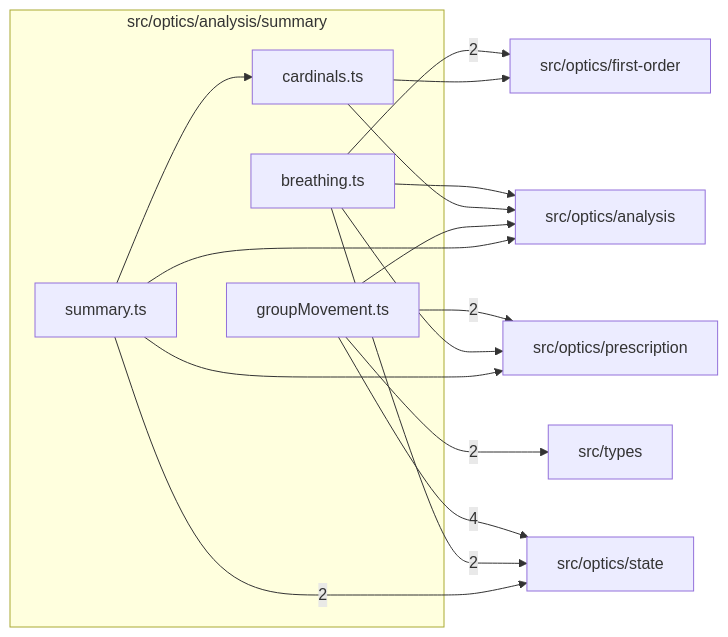
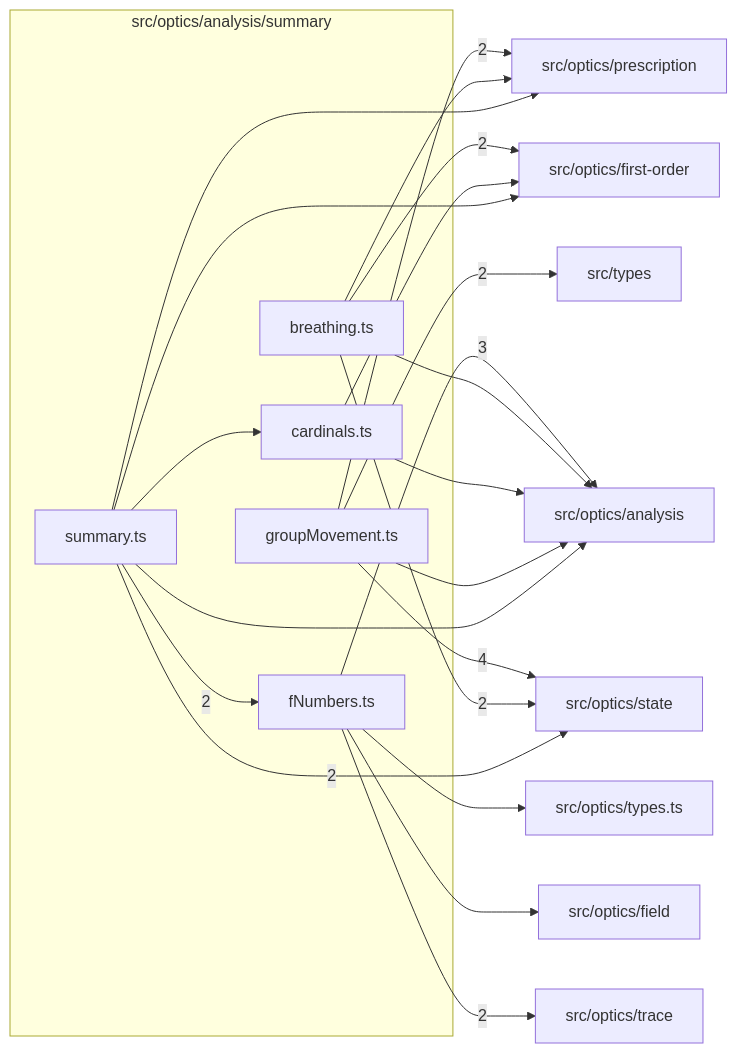
Before and after one commit to ronbuening/LensVisualizer: the diagram in src/optics/analysis/summary/readme.md, drawn with Mermaid. The commit also changed other lines of this file and 72 other files, not shown here.

````diff
--- a/src/optics/analysis/summary/readme.md
+++ b/src/optics/analysis/summary/readme.md
@@ -9,28 +9,38 @@
 ```mermaid
 flowchart LR
   subgraph n_src_optics_analysis_summary["src/optics/analysis/summary"]
     n_src_optics_analysis_summary_src_optics_analysis_summary_breathing_ts["breathing.ts"]
     n_src_optics_analysis_summary_src_optics_analysis_summary_cardinals_ts["cardinals.ts"]
+    n_src_optics_analysis_summary_src_optics_analysis_summary_fNumbers_ts["fNumbers.ts"]
     n_src_optics_analysis_summary_src_optics_analysis_summary_groupMovement_ts["groupMovement.ts"]
     n_src_optics_analysis_summary_src_optics_analysis_summary_summary_ts["summary.ts"]
   end
   n_external_src_optics_state["src/optics/state"]
+  n_external_src_optics_analysis["src/optics/analysis"]
   n_external_src_optics_first_order["src/optics/first-order"]
   n_external_src_optics_prescription["src/optics/prescription"]
+  n_external_src_optics_trace["src/optics/trace"]
   n_external_src_types["src/types"]
-  n_external_src_optics_analysis["src/optics/analysis"]
+  n_external_src_optics_field["src/optics/field"]
+  n_external_src_optics_types_ts["src/optics/types.ts"]
   n_src_optics_analysis_summary_src_optics_analysis_summary_groupMovement_ts --> |4| n_external_src_optics_state
+  n_src_optics_analysis_summary_src_optics_analysis_summary_fNumbers_ts --> |3| n_external_src_optics_analysis
   n_src_optics_analysis_summary_src_optics_analysis_summary_breathing_ts --> |2| n_external_src_optics_first_order
   n_src_optics_analysis_summary_src_optics_analysis_summary_groupMovement_ts --> |2| n_external_src_optics_prescription
   n_src_optics_analysis_summary_src_optics_analysis_summary_breathing_ts --> |2| n_external_src_optics_state
   n_src_optics_analysis_summary_src_optics_analysis_summary_summary_ts --> |2| n_external_src_optics_state
+  n_src_optics_analysis_summary_src_optics_analysis_summary_fNumbers_ts --> |2| n_external_src_optics_trace
   n_src_optics_analysis_summary_src_optics_analysis_summary_groupMovement_ts --> |2| n_external_src_types
+  n_src_optics_analysis_summary_src_optics_analysis_summary_summary_ts --> |2| n_src_optics_analysis_summary_src_optics_analysis_summary_fNumbers_ts
   n_src_optics_analysis_summary_src_optics_analysis_summary_breathing_ts --> n_external_src_optics_analysis
   n_src_optics_analysis_summary_src_optics_analysis_summary_cardinals_ts --> n_external_src_optics_analysis
   n_src_optics_analysis_summary_src_optics_analysis_summary_groupMovement_ts --> n_external_src_optics_analysis
   n_src_optics_analysis_summary_src_optics_analysis_summary_summary_ts --> n_external_src_optics_analysis
+  n_src_optics_analysis_summary_src_optics_analysis_summary_fNumbers_ts --> n_external_src_optics_field
   n_src_optics_analysis_summary_src_optics_analysis_summary_cardinals_ts --> n_external_src_optics_first_order
+  n_src_optics_analysis_summary_src_optics_analysis_summary_summary_ts --> n_external_src_optics_first_order
   n_src_optics_analysis_summary_src_optics_analysis_summary_breathing_ts --> n_external_src_optics_prescription
   n_src_optics_analysis_summary_src_optics_analysis_summary_summary_ts --> n_external_src_optics_prescription
+  n_src_optics_analysis_summary_src_optics_analysis_summary_fNumbers_ts --> n_external_src_optics_types_ts
   n_src_optics_analysis_summary_src_optics_analysis_summary_summary_ts --> n_src_optics_analysis_summary_src_optics_analysis_summary_cardinals_ts
 ```
````
